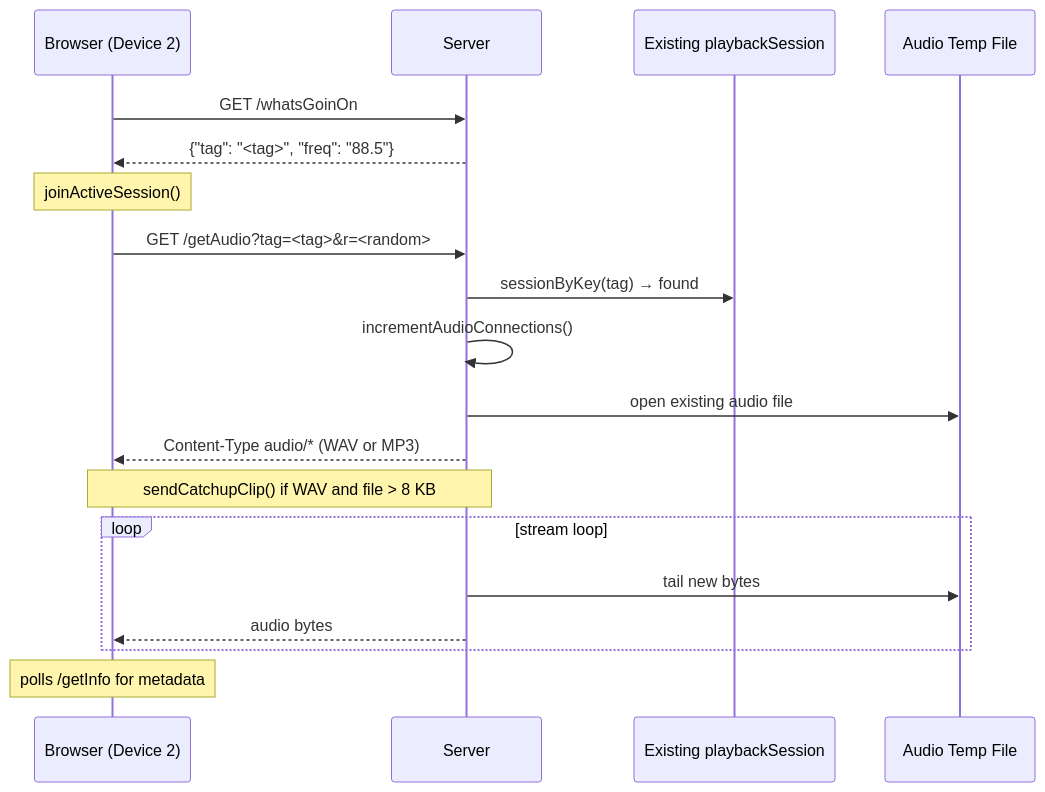
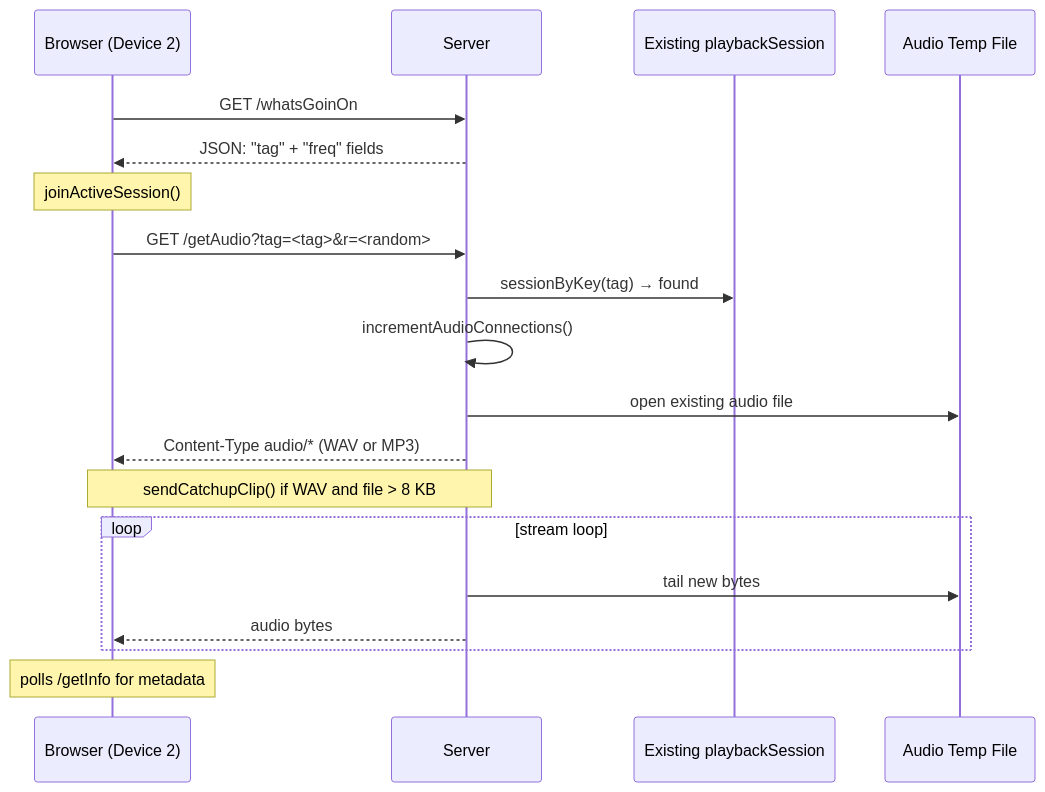
The eighth of 14 diagrams in docs/ARCHITECTURE.md (arharvey918/yellowShoes), drawn with Mermaid before and after one commit. The commit also changed other lines of this file, not shown here.

First line of the commit message:
docs: fix Mermaid syntax errors in sequence diagrams

````diff
--- a/docs/ARCHITECTURE.md
+++ b/docs/ARCHITECTURE.md
@@ -348,23 +349,23 @@
 ```mermaid
 sequenceDiagram
     participant Browser2 as Browser (Device 2)
     participant Server
     participant session as Existing playbackSession
     participant tmpDir as Audio Temp File
 
     Browser2->>Server: GET /whatsGoinOn
-    Server-->>Browser2: {"tag": "<tag>", "freq": "88.5"}
+    Server-->>Browser2: JSON: "tag" + "freq" fields
 
     Note over Browser2: joinActiveSession()
     Browser2->>Server: GET /getAudio?tag=<tag>&r=<random>
     Server->>session: sessionByKey(tag) → found
     Server->>Server: incrementAudioConnections()
     Server->>tmpDir: open existing audio file
     Server-->>Browser2: Content-Type audio/* (WAV or MP3)
     Note over Server,Browser2: sendCatchupClip() if WAV and file > 8 KB
     loop stream loop
         Server->>tmpDir: tail new bytes
         Server-->>Browser2: audio bytes
     end
     Note over Browser2: polls /getInfo for metadata
 ```
````
